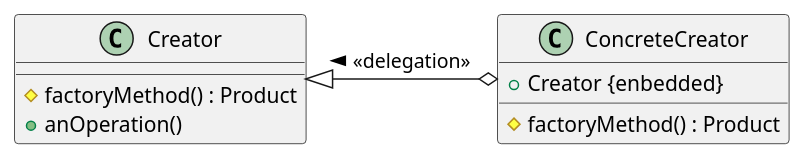
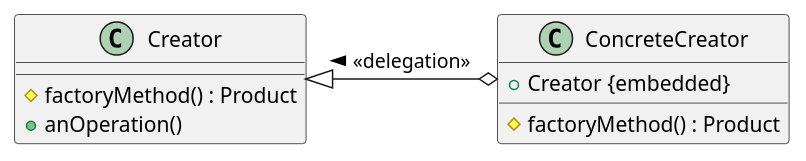
One commit to spiegel-im-spiegel/github-pages-env changed the diagram in content/golang/factory-method-pattern/delegation.puml. Above: the diagram before and after it, drawn with PlantUML. The commit also changed 6 other files, not shown here.

Commit message:
Update diagram (fmp)

```diff
--- a/content/golang/factory-method-pattern/delegation.puml
+++ b/content/golang/factory-method-pattern/delegation.puml
@@ -1,18 +1,18 @@
 @startuml
 /'
  ' Factory Method Pattern
  '/
  skinparam minClassWidth 130
 
 class Creator {
   # factoryMethod() : Product
   + anOperation()
 }
 class ConcreteCreator {
-  + Creator {enbedded}
+  + Creator {embedded}
   # factoryMethod() : Product
 }
 
 Creator <|-o ConcreteCreator : < <<delegation>>
 
 @enduml
```
